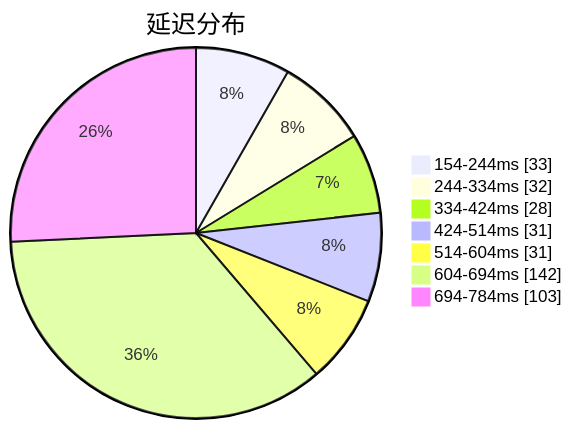
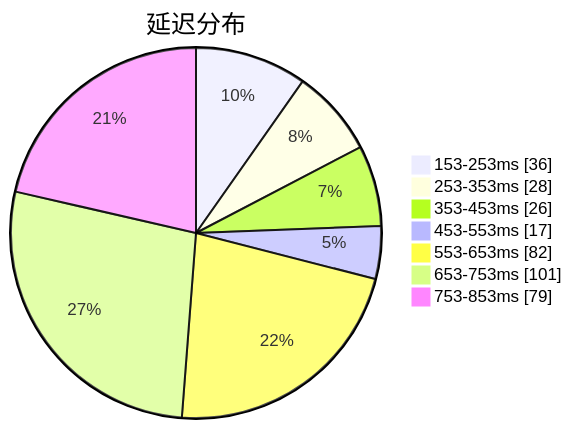
The first of 3 diagrams in subs/statistics/tested_within.md (qjlxg/airport), drawn with Mermaid before and after one commit. The commit also changed other lines of this file and 2 other files, not shown here.

Commit message:
Tested by metaST

````diff
--- a/subs/statistics/tested_within.md
+++ b/subs/statistics/tested_within.md
@@ -2,11 +2,11 @@
 ```mermaid
 pie showData
 title 延迟分布
-"154-244ms" : 33
-"244-334ms" : 32
-"334-424ms" : 28
-"424-514ms" : 31
-"514-604ms" : 31
-"604-694ms" : 142
-"694-784ms" : 103
+"153-253ms" : 36
+"253-353ms" : 28
+"353-453ms" : 26
+"453-553ms" : 17
+"553-653ms" : 82
+"653-753ms" : 101
+"753-853ms" : 79
 ```
````
